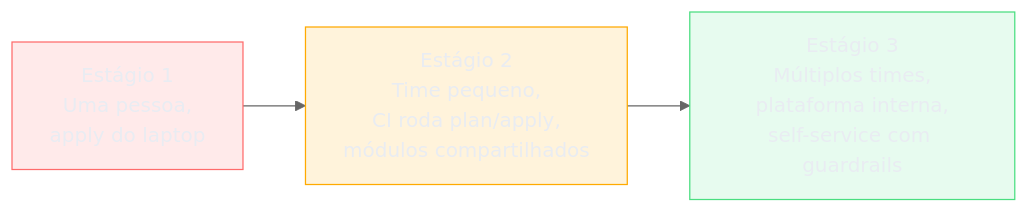
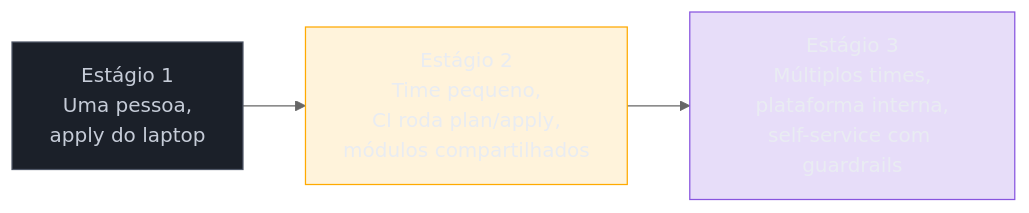
One commit to josenaldo/codex-technomanticus changed the second of 4 diagrams in 03-Dominios/Tecnologia/Cloud/16 - Infrastructure as Code/06 - Escolher e operar IaC (capstone).md. Above: the diagram before and after it, drawn with Mermaid (neutral theme). The commit also changed other lines of this file and 601 other files, not shown here.

````diff
--- a/03-Dominios/Tecnologia/Cloud/16 - Infrastructure as Code/06 - Escolher e operar IaC (capstone).md
+++ b/03-Dominios/Tecnologia/Cloud/16 - Infrastructure as Code/06 - Escolher e operar IaC (capstone).md
@@ -105,12 +105,12 @@
 ```mermaid
 flowchart LR
-    classDef falha fill:#FF6B6B24,stroke:#FF6B6B,color:#E9ECF2
+    classDef marca fill:#8855DF33,stroke:#8855DF,color:#E9ECF2
+    classDef neutro fill:#1B2029,stroke:#4E5666,color:#C6CCD8
     classDef destaque fill:#FFAA0024,stroke:#FFAA00,color:#E9ECF2
-    classDef ok fill:#4ADE8021,stroke:#4ADE80,color:#E9ECF2
     S1["Estágio 1\nUma pessoa,\napply do laptop"] --> S2["Estágio 2\nTime pequeno,\nCI roda plan/apply,\nmódulos compartilhados"]
     S2 --> S3["Estágio 3\nMúltiplos times,\nplataforma interna,\nself-service com guardrails"]
 
-    class S1 falha
+    class S1 neutro
     class S2 destaque
-    class S3 ok
+    class S3 marca
 ```
````
